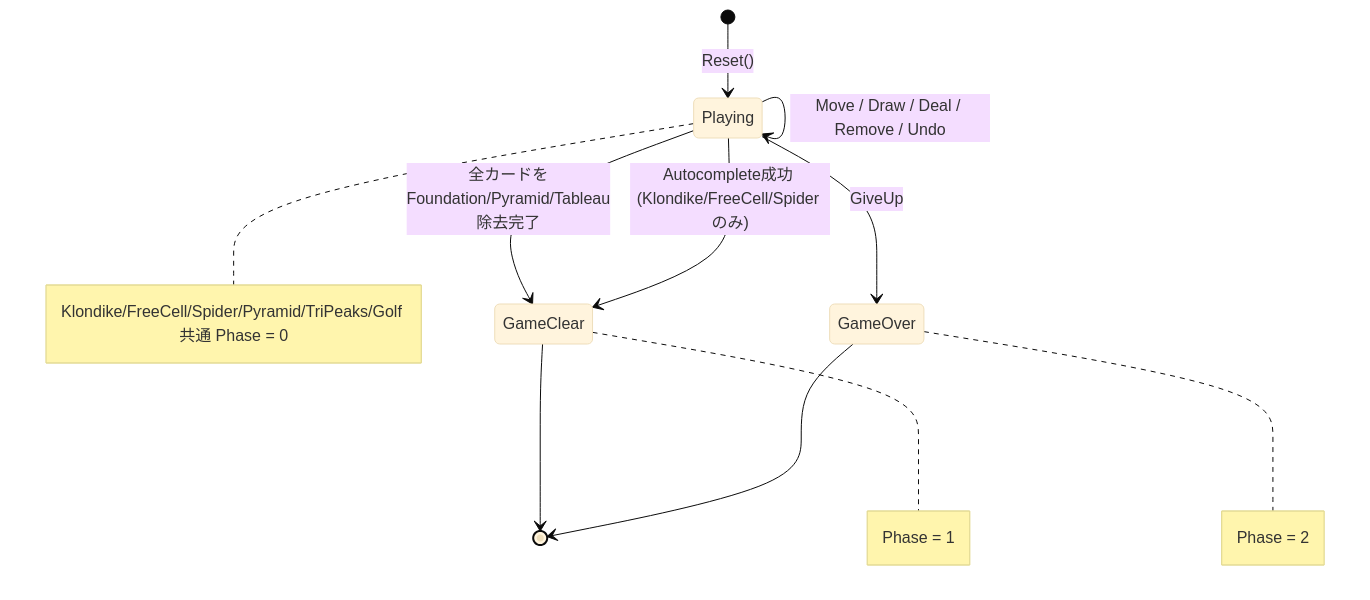
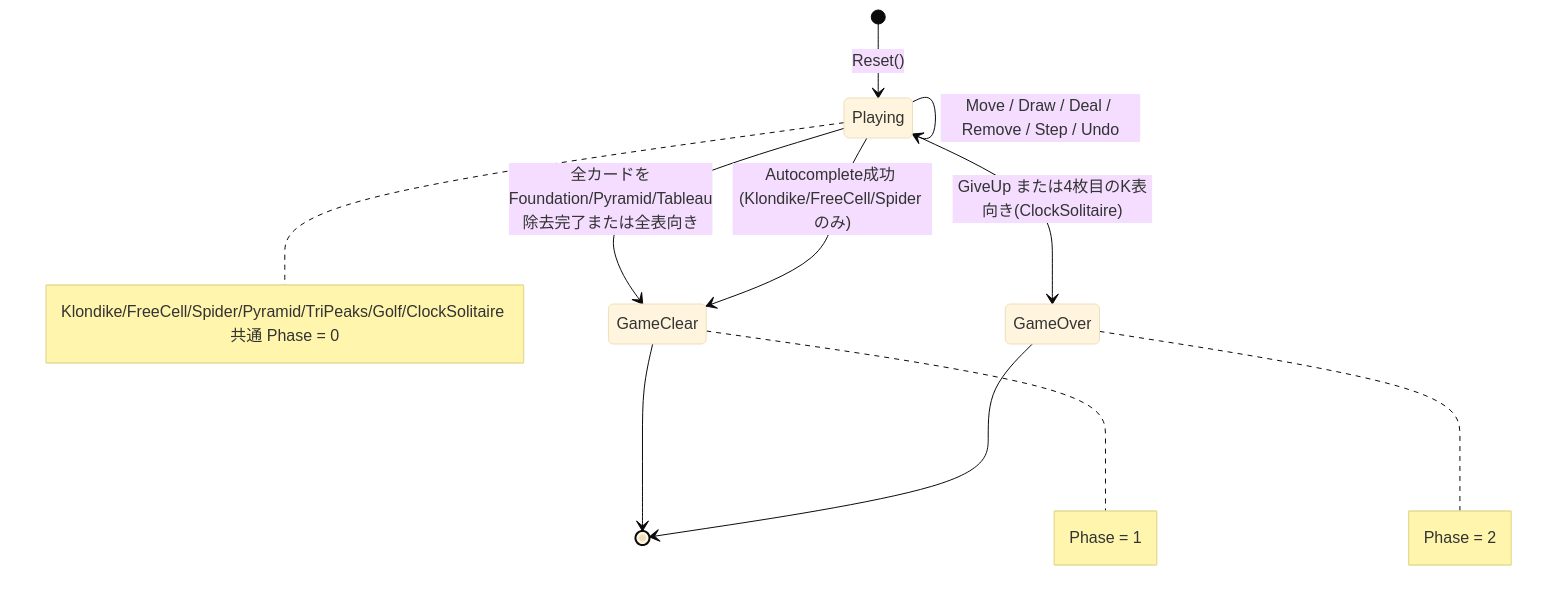
Diagram 32 of 50 in docs/design/backend.md (yuta-yoshinaga/go_trumpcards), drawn with Mermaid (base theme) before and after one commit. The commit also changed other lines of this file and 50 other files, not shown here.

First line of the commit message:
feat: add Clock Solitaire (クロックソリティア)

````diff
--- a/docs/design/backend.md
+++ b/docs/design/backend.md
@@ -1723,14 +1742,14 @@
 ```mermaid
 stateDiagram-v2
     [*] --> Playing : Reset()
-    Playing --> Playing : Move / Draw / Deal / Remove / Undo
-    Playing --> GameClear : 全カードをFoundation/Pyramid/Tableau除去完了
+    Playing --> Playing : Move / Draw / Deal / Remove / Step / Undo
+    Playing --> GameClear : 全カードをFoundation/Pyramid/Tableau除去完了または全表向き
     Playing --> GameClear : Autocomplete成功 (Klondike/FreeCell/Spider のみ)
-    Playing --> GameOver : GiveUp
+    Playing --> GameOver : GiveUp または4枚目のK表向き(ClockSolitaire)
     GameClear --> [*]
     GameOver --> [*]
 
-    note right of Playing : Klondike/FreeCell/Spider/Pyramid/TriPeaks/Golf 共通 Phase = 0
+    note right of Playing : Klondike/FreeCell/Spider/Pyramid/TriPeaks/Golf/ClockSolitaire 共通 Phase = 0
     note right of GameClear : Phase = 1
     note right of GameOver : Phase = 2
 ```
````
